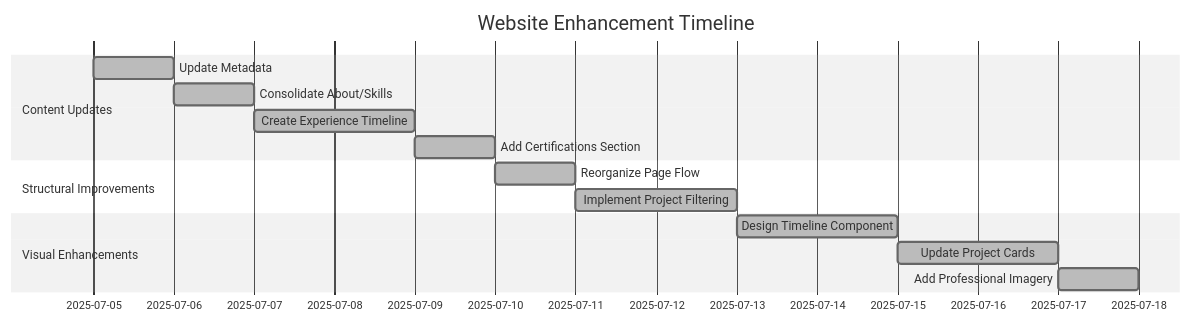
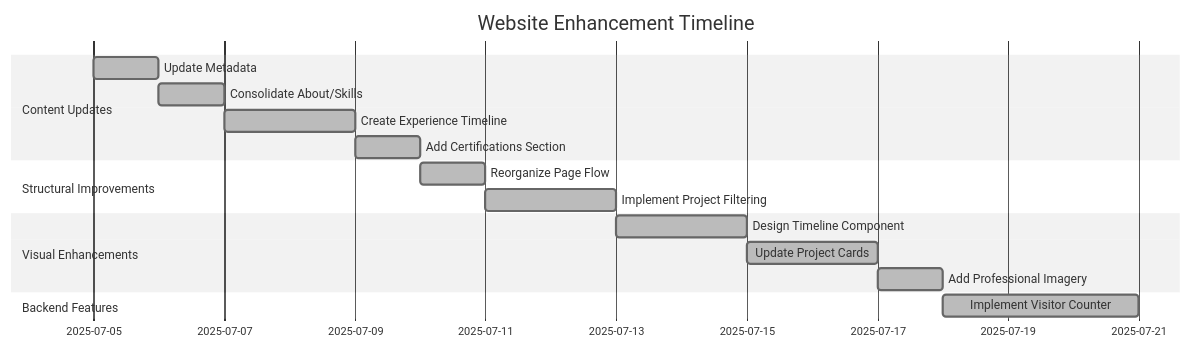
Before and after one commit to Albiemark/my-site: the diagram in docs/website_enhancement_plan.md, drawn with Mermaid (neutral theme). The commit also changed other lines of this file and 4 other files, not shown here.

Commit message:
feat: implement persistent visitor counter with Datastore

````diff
--- a/docs/website_enhancement_plan.md
+++ b/docs/website_enhancement_plan.md
@@ -6,17 +6,19 @@
 ```mermaid
 gantt
     title Website Enhancement Timeline
     dateFormat  YYYY-MM-DD
     section Content Updates
     Update Metadata               :done, des1, 2025-07-05, 1d
     Consolidate About/Skills       :done, des2, 2025-07-06, 1d
     Create Experience Timeline     :done, des3, 2025-07-07, 2d
     Add Certifications Section     :done, des4, 2025-07-09, 1d
     section Structural Improvements
     Reorganize Page Flow          :done, des5, 2025-07-10, 1d
     Implement Project Filtering    :done, des6, 2025-07-11, 2d
     section Visual Enhancements
     Design Timeline Component     :done, des7, 2025-07-13, 2d
     Update Project Cards          :done, des8, 2025-07-15, 2d
     Add Professional Imagery      :done, des9, 2025-07-17, 1d
+    section Backend Features
+    Implement Visitor Counter     :done, des10, 2025-07-18, 3d
 ```
````
